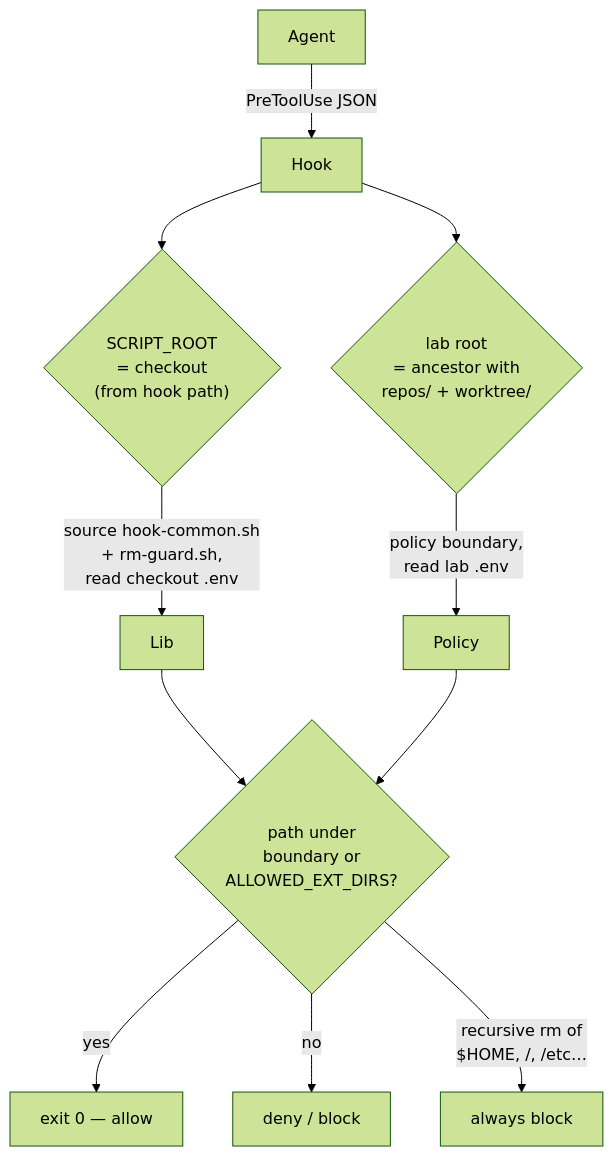
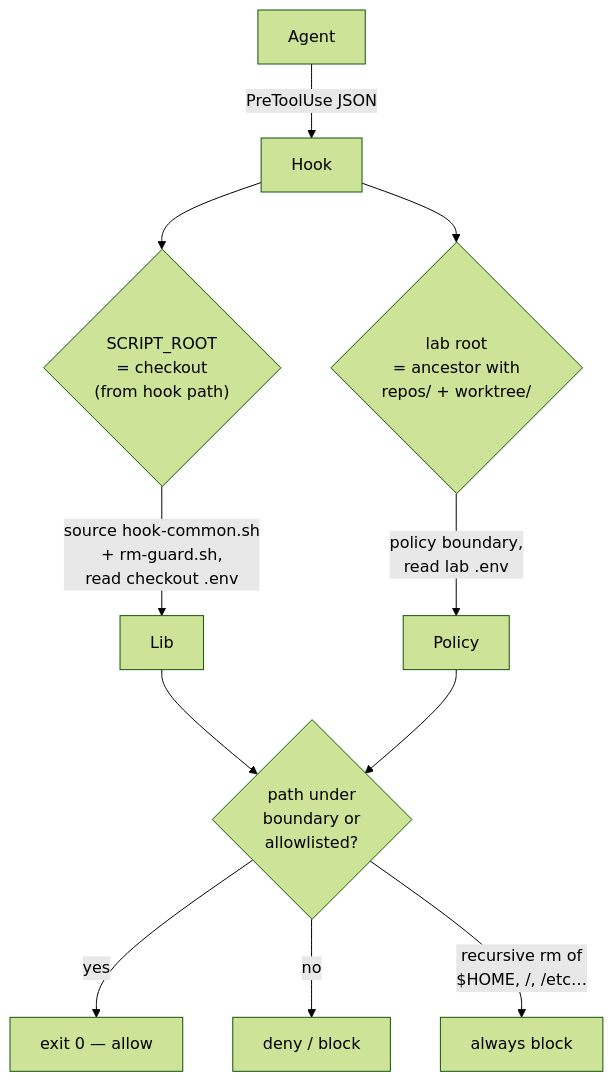
One commit to Nyarducks/Worktreeharness changed the diagram in docs/design/guard-hooks.md. Above: the diagram before and after it, drawn with Mermaid (forest theme). The commit also changed other lines of this file and 5 other files, not shown here.

````diff
--- a/docs/design/guard-hooks.md
+++ b/docs/design/guard-hooks.md
@@ -35,13 +35,13 @@
 ```mermaid
 flowchart TD
     Agent -->|PreToolUse JSON| Hook
     Hook --> R1{"SCRIPT_ROOT<br/>= checkout<br/>(from hook path)"}
     Hook --> R2{"lab root<br/>= ancestor with<br/>repos/ + worktree/"}
     R1 -->|source hook-common.sh<br/>+ rm-guard.sh,<br/>read checkout .env| Lib
     R2 -->|policy boundary,<br/>read lab .env| Policy
-    Lib --> Decision{"path under<br/>boundary or<br/>ALLOWED_EXT_DIRS?"}
+    Lib --> Decision{"path under<br/>boundary or<br/>allowlisted?"}
     Policy --> Decision
     Decision -->|yes| Allow["exit 0 — allow"]
     Decision -->|no| Deny["deny / block"]
     Decision -->|"recursive rm of<br/>$HOME, /, /etc…"| Block["always block"]
 ```
````
